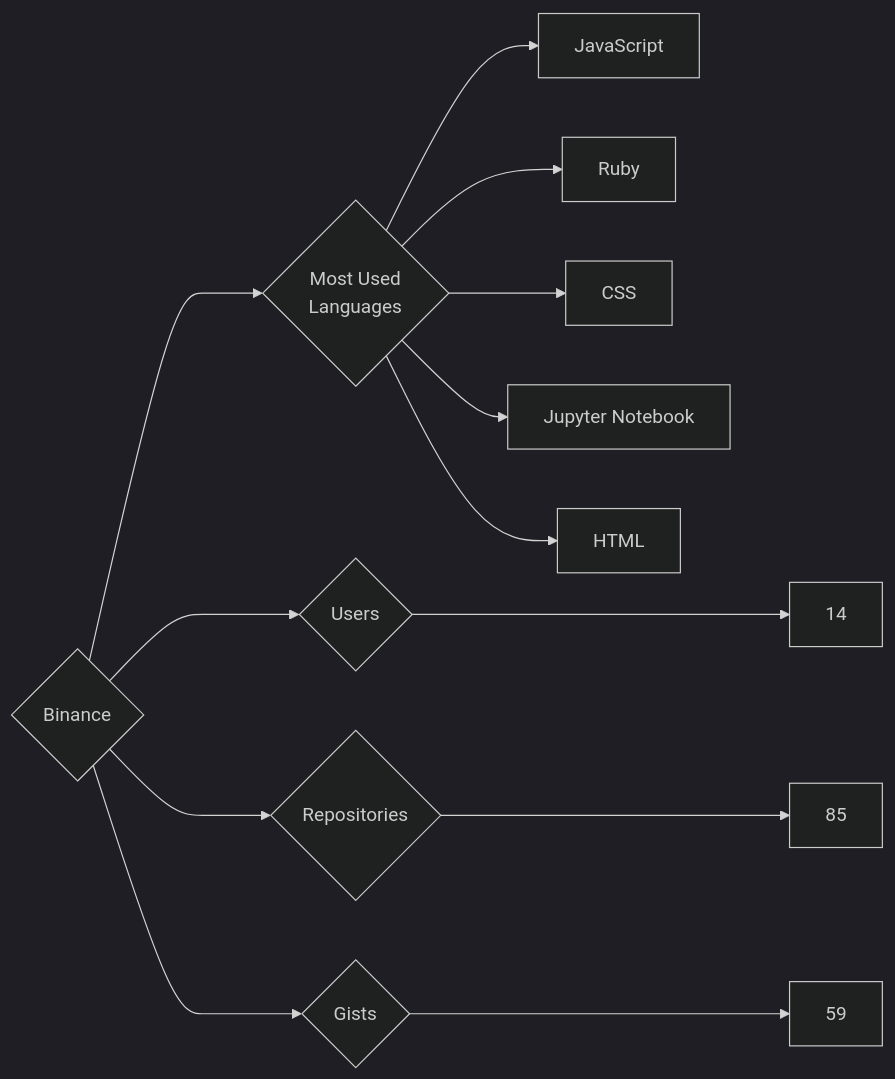
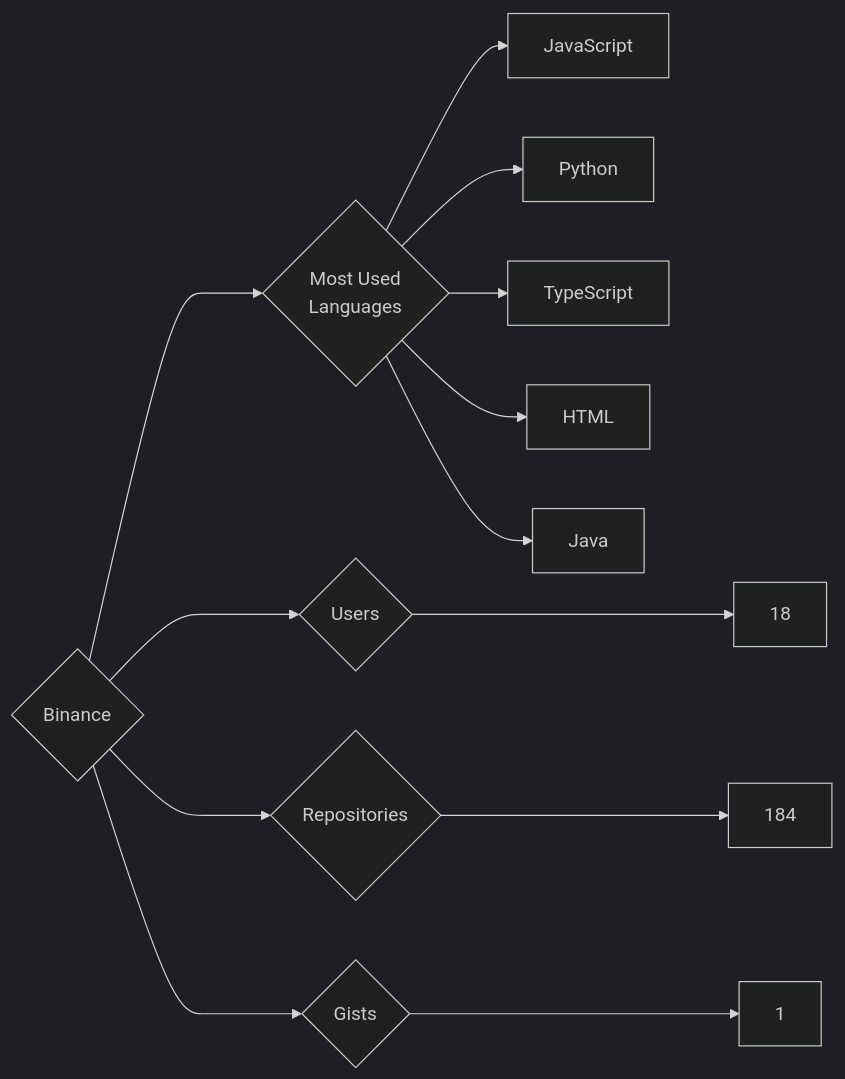
One commit to trickest/insiders changed the diagram in targets/Binance/README.md. Above: the diagram before and after it, drawn with Mermaid (dark theme). The commit also changed 823 other files, not shown here.

````diff
--- a/targets/Binance/README.md
+++ b/targets/Binance/README.md
@@ -3,13 +3,13 @@
 ```mermaid
 graph LR
 COMPANY_NAME{Binance}
-COMPANY_NAME ---> U{Users} ---> UN[14]
-COMPANY_NAME ---> R{Repositories} ---> RN[85]
-COMPANY_NAME ---> G{Gists} ---> GN[59]
+COMPANY_NAME ---> U{Users} ---> UN[18]
+COMPANY_NAME ---> R{Repositories} ---> RN[184]
+COMPANY_NAME ---> G{Gists} ---> GN[1]
 COMPANY_NAME ---> ML{Most Used<br>Languages}
 ML --> JavaScript[JavaScript]
-ML --> Ruby[Ruby]
-ML --> CSS[CSS]
-ML --> Jupyter_Notebook[Jupyter Notebook]
+ML --> Python[Python]
+ML --> TypeScript[TypeScript]
 ML --> HTML[HTML]
+ML --> Java[Java]
 ```
````
